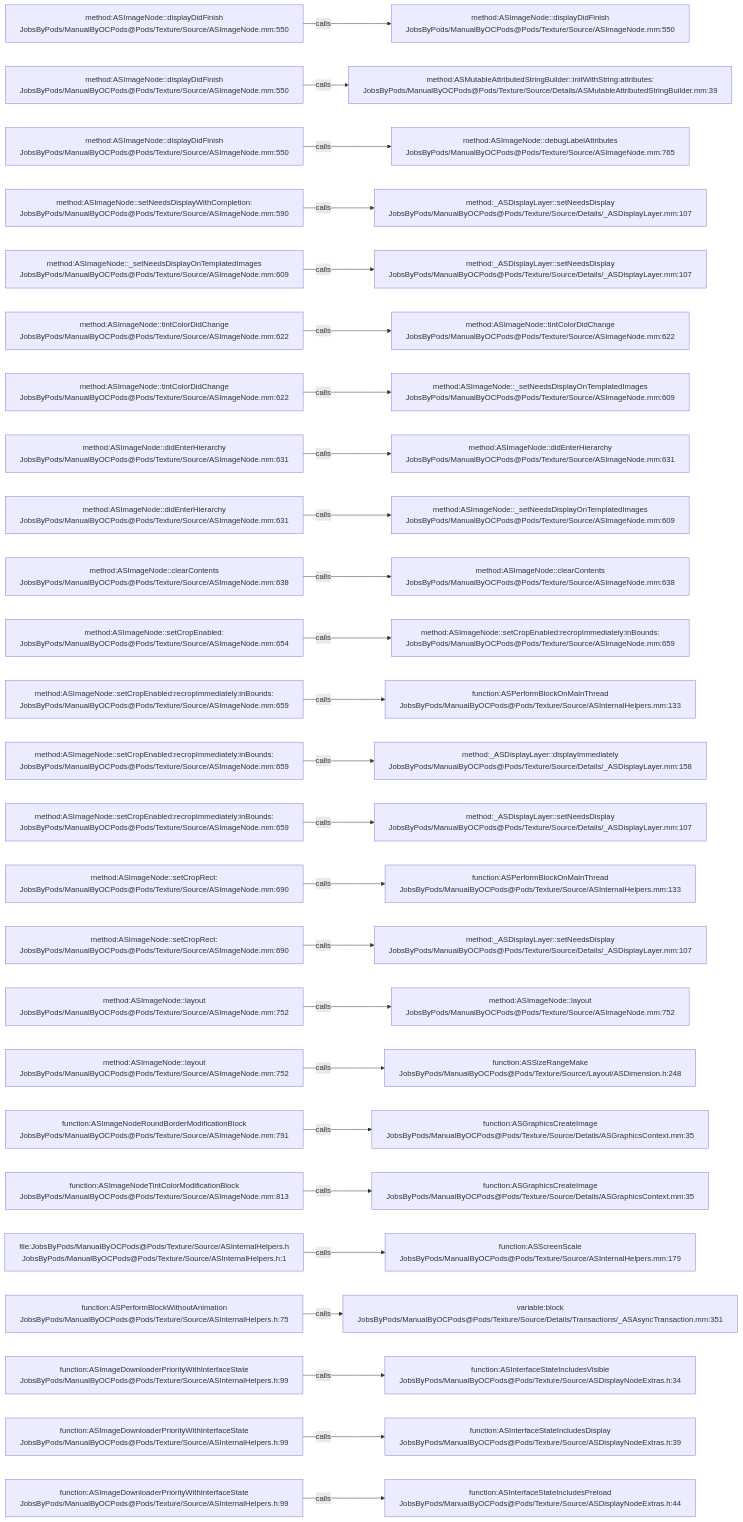
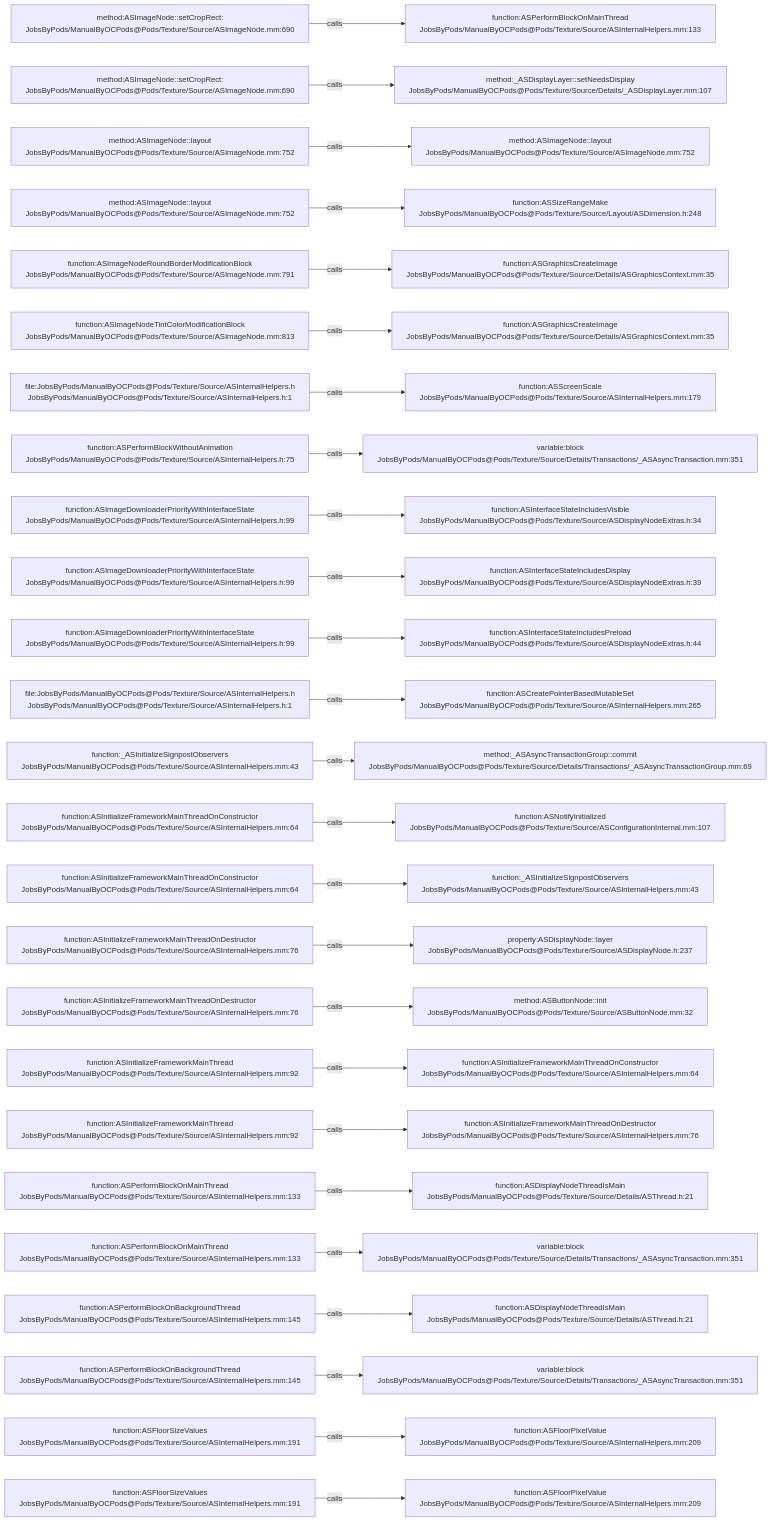
Before and after one commit to JobsKits/JobsOCBaseConfigDemo: the diagram in .codegraph/codegraph.md/graphs/calls-112.md, drawn with Mermaid. The commit also changed 296 other files, not shown here.

````diff
--- a/.codegraph/codegraph.md/graphs/calls-112.md
+++ b/.codegraph/codegraph.md/graphs/calls-112.md
@@ -13,78 +13,78 @@
 ```mermaid
 flowchart LR
-  S1["method:ASImageNode::displayDidFinish<br/>JobsByPods/ManualByOCPods@Pods/Texture/Source/ASImageNode.mm:550"]
-  T1["method:ASImageNode::displayDidFinish<br/>JobsByPods/ManualByOCPods@Pods/Texture/Source/ASImageNode.mm:550"]
+  S1["method:ASImageNode::setCropRect:<br/>JobsByPods/ManualByOCPods@Pods/Texture/Source/ASImageNode.mm:690"]
+  T1["function:ASPerformBlockOnMainThread<br/>JobsByPods/ManualByOCPods@Pods/Texture/Source/ASInternalHelpers.mm:133"]
   S1 -->|calls| T1
-  S2["method:ASImageNode::displayDidFinish<br/>JobsByPods/ManualByOCPods@Pods/Texture/Source/ASImageNode.mm:550"]
-  T2["method:ASMutableAttributedStringBuilder::initWithString:attributes:<br/>JobsByPods/ManualByOCPods@Pods/Texture/Source/Details/ASMutableAttributedStringBuilder.mm:39"]
+  S2["method:ASImageNode::setCropRect:<br/>JobsByPods/ManualByOCPods@Pods/Texture/Source/ASImageNode.mm:690"]
+  T2["method:_ASDisplayLayer::setNeedsDisplay<br/>JobsByPods/ManualByOCPods@Pods/Texture/Source/Details/_ASDisplayLayer.mm:107"]
   S2 -->|calls| T2
-  S3["method:ASImageNode::displayDidFinish<br/>JobsByPods/ManualByOCPods@Pods/Texture/Source/ASImageNode.mm:550"]
-  T3["method:ASImageNode::debugLabelAttributes<br/>JobsByPods/ManualByOCPods@Pods/Texture/Source/ASImageNode.mm:765"]
+  S3["method:ASImageNode::layout<br/>JobsByPods/ManualByOCPods@Pods/Texture/Source/ASImageNode.mm:752"]
+  T3["method:ASImageNode::layout<br/>JobsByPods/ManualByOCPods@Pods/Texture/Source/ASImageNode.mm:752"]
   S3 -->|calls| T3
-  S4["method:ASImageNode::setNeedsDisplayWithCompletion:<br/>JobsByPods/ManualByOCPods@Pods/Texture/Source/ASImageNode.mm:590"]
-  T4["method:_ASDisplayLayer::setNeedsDisplay<br/>JobsByPods/ManualByOCPods@Pods/Texture/Source/Details/_ASDisplayLayer.mm:107"]
+  S4["method:ASImageNode::layout<br/>JobsByPods/ManualByOCPods@Pods/Texture/Source/ASImageNode.mm:752"]
+  T4["function:ASSizeRangeMake<br/>JobsByPods/ManualByOCPods@Pods/Texture/Source/Layout/ASDimension.h:248"]
   S4 -->|calls| T4
-  S5["method:ASImageNode::_setNeedsDisplayOnTemplatedImages<br/>JobsByPods/ManualByOCPods@Pods/Texture/Source/ASImageNode.mm:609"]
-  T5["method:_ASDisplayLayer::setNeedsDisplay<br/>JobsByPods/ManualByOCPods@Pods/Texture/Source/Details/_ASDisplayLayer.mm:107"]
+  S5["function:ASImageNodeRoundBorderModificationBlock<br/>JobsByPods/ManualByOCPods@Pods/Texture/Source/ASImageNode.mm:791"]
+  T5["function:ASGraphicsCreateImage<br/>JobsByPods/ManualByOCPods@Pods/Texture/Source/Details/ASGraphicsContext.mm:35"]
   S5 -->|calls| T5
-  S6["method:ASImageNode::tintColorDidChange<br/>JobsByPods/ManualByOCPods@Pods/Texture/Source/ASImageNode.mm:622"]
-  T6["method:ASImageNode::tintColorDidChange<br/>JobsByPods/ManualByOCPods@Pods/Texture/Source/ASImageNode.mm:622"]
+  S6["function:ASImageNodeTintColorModificationBlock<br/>JobsByPods/ManualByOCPods@Pods/Texture/Source/ASImageNode.mm:813"]
+  T6["function:ASGraphicsCreateImage<br/>JobsByPods/ManualByOCPods@Pods/Texture/Source/Details/ASGraphicsContext.mm:35"]
   S6 -->|calls| T6
-  S7["method:ASImageNode::tintColorDidChange<br/>JobsByPods/ManualByOCPods@Pods/Texture/Source/ASImageNode.mm:622"]
-  T7["method:ASImageNode::_setNeedsDisplayOnTemplatedImages<br/>JobsByPods/ManualByOCPods@Pods/Texture/Source/ASImageNode.mm:609"]
+  S7["file:JobsByPods/ManualByOCPods@Pods/Texture/Source/ASInternalHelpers.h<br/>JobsByPods/ManualByOCPods@Pods/Texture/Source/ASInternalHelpers.h:1"]
+  T7["function:ASScreenScale<br/>JobsByPods/ManualByOCPods@Pods/Texture/Source/ASInternalHelpers.mm:179"]
   S7 -->|calls| T7
-  S8["method:ASImageNode::didEnterHierarchy<br/>JobsByPods/ManualByOCPods@Pods/Texture/Source/ASImageNode.mm:631"]
-  T8["method:ASImageNode::didEnterHierarchy<br/>JobsByPods/ManualByOCPods@Pods/Texture/Source/ASImageNode.mm:631"]
+  S8["function:ASPerformBlockWithoutAnimation<br/>JobsByPods/ManualByOCPods@Pods/Texture/Source/ASInternalHelpers.h:75"]
+  T8["variable:block<br/>JobsByPods/ManualByOCPods@Pods/Texture/Source/Details/Transactions/_ASAsyncTransaction.mm:351"]
   S8 -->|calls| T8
-  S9["method:ASImageNode::didEnterHierarchy<br/>JobsByPods/ManualByOCPods@Pods/Texture/Source/ASImageNode.mm:631"]
-  T9["method:ASImageNode::_setNeedsDisplayOnTemplatedImages<br/>JobsByPods/ManualByOCPods@Pods/Texture/Source/ASImageNode.mm:609"]
+  S9["function:ASImageDownloaderPriorityWithInterfaceState<br/>JobsByPods/ManualByOCPods@Pods/Texture/Source/ASInternalHelpers.h:99"]
+  T9["function:ASInterfaceStateIncludesVisible<br/>JobsByPods/ManualByOCPods@Pods/Texture/Source/ASDisplayNodeExtras.h:34"]
   S9 -->|calls| T9
-  S10["method:ASImageNode::clearContents<br/>JobsByPods/ManualByOCPods@Pods/Texture/Source/ASImageNode.mm:638"]
-  T10["method:ASImageNode::clearContents<br/>JobsByPods/ManualByOCPods@Pods/Texture/Source/ASImageNode.mm:638"]
+  S10["function:ASImageDownloaderPriorityWithInterfaceState<br/>JobsByPods/ManualByOCPods@Pods/Texture/Source/ASInternalHelpers.h:99"]
+  T10["function:ASInterfaceStateIncludesDisplay<br/>JobsByPods/ManualByOCPods@Pods/Texture/Source/ASDisplayNodeExtras.h:39"]
   S10 -->|calls| T10
-  S11["method:ASImageNode::setCropEnabled:<br/>JobsByPods/ManualByOCPods@Pods/Texture/Source/ASImageNode.mm:654"]
-  T11["method:ASImageNode::setCropEnabled:recropImmediately:inBounds:<br/>JobsByPods/ManualByOCPods@Pods/Texture/Source/ASImageNode.mm:659"]
+  S11["function:ASImageDownloaderPriorityWithInterfaceState<br/>JobsByPods/ManualByOCPods@Pods/Texture/Source/ASInternalHelpers.h:99"]
+  T11["function:ASInterfaceStateIncludesPreload<br/>JobsByPods/ManualByOCPods@Pods/Texture/Source/ASDisplayNodeExtras.h:44"]
   S11 -->|calls| T11
-  S12["method:ASImageNode::setCropEnabled:recropImmediately:inBounds:<br/>JobsByPods/ManualByOCPods@Pods/Texture/Source/ASImageNode.mm:659"]
-  T12["function:ASPerformBlockOnMainThread<br/>JobsByPods/ManualByOCPods@Pods/Texture/Source/ASInternalHelpers.mm:133"]
+  S12["file:JobsByPods/ManualByOCPods@Pods/Texture/Source/ASInternalHelpers.h<br/>JobsByPods/ManualByOCPods@Pods/Texture/Source/ASInternalHelpers.h:1"]
+  T12["function:ASCreatePointerBasedMutableSet<br/>JobsByPods/ManualByOCPods@Pods/Texture/Source/ASInternalHelpers.mm:265"]
   S12 -->|calls| T12
-  S13["method:ASImageNode::setCropEnabled:recropImmediately:inBounds:<br/>JobsByPods/ManualByOCPods@Pods/Texture/Source/ASImageNode.mm:659"]
-  T13["method:_ASDisplayLayer::displayImmediately<br/>JobsByPods/ManualByOCPods@Pods/Texture/Source/Details/_ASDisplayLayer.mm:158"]
+  S13["function:_ASInitializeSignpostObservers<br/>JobsByPods/ManualByOCPods@Pods/Texture/Source/ASInternalHelpers.mm:43"]
+  T13["method:_ASAsyncTransactionGroup::commit<br/>JobsByPods/ManualByOCPods@Pods/Texture/Source/Details/Transactions/_ASAsyncTransactionGroup.mm:69"]
   S13 -->|calls| T13
-  S14["method:ASImageNode::setCropEnabled:recropImmediately:inBounds:<br/>JobsByPods/ManualByOCPods@Pods/Texture/Source/ASImageNode.mm:659"]
-  T14["method:_ASDisplayLayer::setNeedsDisplay<br/>JobsByPods/ManualByOCPods@Pods/Texture/Source/Details/_ASDisplayLayer.mm:107"]
+  S14["function:ASInitializeFrameworkMainThreadOnConstructor<br/>JobsByPods/ManualByOCPods@Pods/Texture/Source/ASInternalHelpers.mm:64"]
+  T14["function:ASNotifyInitialized<br/>JobsByPods/ManualByOCPods@Pods/Texture/Source/ASConfigurationInternal.mm:107"]
   S14 -->|calls| T14
-  S15["method:ASImageNode::setCropRect:<br/>JobsByPods/ManualByOCPods@Pods/Texture/Source/ASImageNode.mm:690"]
-  T15["function:ASPerformBlockOnMainThread<br/>JobsByPods/ManualByOCPods@Pods/Texture/Source/ASInternalHelpers.mm:133"]
+  S15["function:ASInitializeFrameworkMainThreadOnConstructor<br/>JobsByPods/ManualByOCPods@Pods/Texture/Source/ASInternalHelpers.mm:64"]
+  T15["function:_ASInitializeSignpostObservers<br/>JobsByPods/ManualByOCPods@Pods/Texture/Source/ASInternalHelpers.mm:43"]
   S15 -->|calls| T15
-  S16["method:ASImageNode::setCropRect:<br/>JobsByPods/ManualByOCPods@Pods/Texture/Source/ASImageNode.mm:690"]
-  T16["method:_ASDisplayLayer::setNeedsDisplay<br/>JobsByPods/ManualByOCPods@Pods/Texture/Source/Details/_ASDisplayLayer.mm:107"]
+  S16["function:ASInitializeFrameworkMainThreadOnDestructor<br/>JobsByPods/ManualByOCPods@Pods/Texture/Source/ASInternalHelpers.mm:76"]
+  T16["property:ASDisplayNode::layer<br/>JobsByPods/ManualByOCPods@Pods/Texture/Source/ASDisplayNode.h:237"]
   S16 -->|calls| T16
-  S17["method:ASImageNode::layout<br/>JobsByPods/ManualByOCPods@Pods/Texture/Source/ASImageNode.mm:752"]
-  T17["method:ASImageNode::layout<br/>JobsByPods/ManualByOCPods@Pods/Texture/Source/ASImageNode.mm:752"]
+  S17["function:ASInitializeFrameworkMainThreadOnDestructor<br/>JobsByPods/ManualByOCPods@Pods/Texture/Source/ASInternalHelpers.mm:76"]
+  T17["method:ASButtonNode::init<br/>JobsByPods/ManualByOCPods@Pods/Texture/Source/ASButtonNode.mm:32"]
   S17 -->|calls| T17
-  S18["method:ASImageNode::layout<br/>JobsByPods/ManualByOCPods@Pods/Texture/Source/ASImageNode.mm:752"]
-  T18["function:ASSizeRangeMake<br/>JobsByPods/ManualByOCPods@Pods/Texture/Source/Layout/ASDimension.h:248"]
+  S18["function:ASInitializeFrameworkMainThread<br/>JobsByPods/ManualByOCPods@Pods/Texture/Source/ASInternalHelpers.mm:92"]
+  T18["function:ASInitializeFrameworkMainThreadOnConstructor<br/>JobsByPods/ManualByOCPods@Pods/Texture/Source/ASInternalHelpers.mm:64"]
   S18 -->|calls| T18
-  S19["function:ASImageNodeRoundBorderModificationBlock<br/>JobsByPods/ManualByOCPods@Pods/Texture/Source/ASImageNode.mm:791"]
-  T19["function:ASGraphicsCreateImage<br/>JobsByPods/ManualByOCPods@Pods/Texture/Source/Details/ASGraphicsContext.mm:35"]
+  S19["function:ASInitializeFrameworkMainThread<br/>JobsByPods/ManualByOCPods@Pods/Texture/Source/ASInternalHelpers.mm:92"]
+  T19["function:ASInitializeFrameworkMainThreadOnDestructor<br/>JobsByPods/ManualByOCPods@Pods/Texture/Source/ASInternalHelpers.mm:76"]
   S19 -->|calls| T19
-  S20["function:ASImageNodeTintColorModificationBlock<br/>JobsByPods/ManualByOCPods@Pods/Texture/Source/ASImageNode.mm:813"]
-  T20["function:ASGraphicsCreateImage<br/>JobsByPods/ManualByOCPods@Pods/Texture/Source/Details/ASGraphicsContext.mm:35"]
+  S20["function:ASPerformBlockOnMainThread<br/>JobsByPods/ManualByOCPods@Pods/Texture/Source/ASInternalHelpers.mm:133"]
+  T20["function:ASDisplayNodeThreadIsMain<br/>JobsByPods/ManualByOCPods@Pods/Texture/Source/Details/ASThread.h:21"]
   S20 -->|calls| T20
-  S21["file:JobsByPods/ManualByOCPods@Pods/Texture/Source/ASInternalHelpers.h<br/>JobsByPods/ManualByOCPods@Pods/Texture/Source/ASInternalHelpers.h:1"]
-  T21["function:ASScreenScale<br/>JobsByPods/ManualByOCPods@Pods/Texture/Source/ASInternalHelpers.mm:179"]
+  S21["function:ASPerformBlockOnMainThread<br/>JobsByPods/ManualByOCPods@Pods/Texture/Source/ASInternalHelpers.mm:133"]
+  T21["variable:block<br/>JobsByPods/ManualByOCPods@Pods/Texture/Source/Details/Transactions/_ASAsyncTransaction.mm:351"]
   S21 -->|calls| T21
-  S22["function:ASPerformBlockWithoutAnimation<br/>JobsByPods/ManualByOCPods@Pods/Texture/Source/ASInternalHelpers.h:75"]
-  T22["variable:block<br/>JobsByPods/ManualByOCPods@Pods/Texture/Source/Details/Transactions/_ASAsyncTransaction.mm:351"]
+  S22["function:ASPerformBlockOnBackgroundThread<br/>JobsByPods/ManualByOCPods@Pods/Texture/Source/ASInternalHelpers.mm:145"]
+  T22["function:ASDisplayNodeThreadIsMain<br/>JobsByPods/ManualByOCPods@Pods/Texture/Source/Details/ASThread.h:21"]
   S22 -->|calls| T22
-  S23["function:ASImageDownloaderPriorityWithInterfaceState<br/>JobsByPods/ManualByOCPods@Pods/Texture/Source/ASInternalHelpers.h:99"]
-  T23["function:ASInterfaceStateIncludesVisible<br/>JobsByPods/ManualByOCPods@Pods/Texture/Source/ASDisplayNodeExtras.h:34"]
+  S23["function:ASPerformBlockOnBackgroundThread<br/>JobsByPods/ManualByOCPods@Pods/Texture/Source/ASInternalHelpers.mm:145"]
+  T23["variable:block<br/>JobsByPods/ManualByOCPods@Pods/Texture/Source/Details/Transactions/_ASAsyncTransaction.mm:351"]
   S23 -->|calls| T23
-  S24["function:ASImageDownloaderPriorityWithInterfaceState<br/>JobsByPods/ManualByOCPods@Pods/Texture/Source/ASInternalHelpers.h:99"]
-  T24["function:ASInterfaceStateIncludesDisplay<br/>JobsByPods/ManualByOCPods@Pods/Texture/Source/ASDisplayNodeExtras.h:39"]
+  S24["function:ASFloorSizeValues<br/>JobsByPods/ManualByOCPods@Pods/Texture/Source/ASInternalHelpers.mm:191"]
+  T24["function:ASFloorPixelValue<br/>JobsByPods/ManualByOCPods@Pods/Texture/Source/ASInternalHelpers.mm:209"]
   S24 -->|calls| T24
-  S25["function:ASImageDownloaderPriorityWithInterfaceState<br/>JobsByPods/ManualByOCPods@Pods/Texture/Source/ASInternalHelpers.h:99"]
-  T25["function:ASInterfaceStateIncludesPreload<br/>JobsByPods/ManualByOCPods@Pods/Texture/Source/ASDisplayNodeExtras.h:44"]
+  S25["function:ASFloorSizeValues<br/>JobsByPods/ManualByOCPods@Pods/Texture/Source/ASInternalHelpers.mm:191"]
+  T25["function:ASFloorPixelValue<br/>JobsByPods/ManualByOCPods@Pods/Texture/Source/ASInternalHelpers.mm:209"]
   S25 -->|calls| T25
 ```
````
